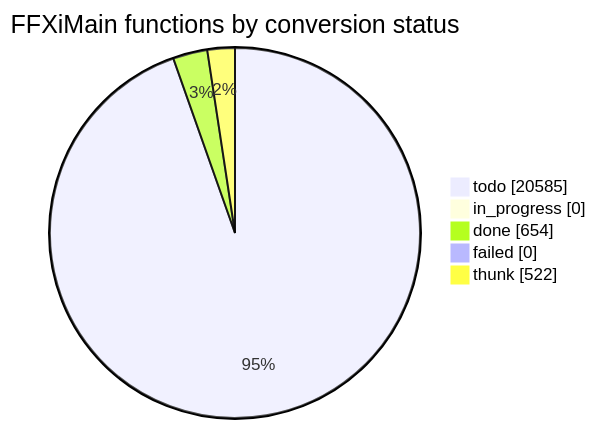
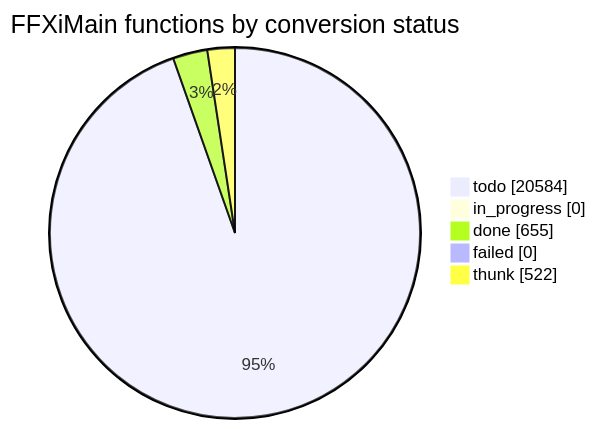
Before and after one commit to cowrevenge/cow_kuluu_xi_anything: the diagram in docs/cow/STATUS.md, drawn with Mermaid. The commit also changed other lines of this file and 9 other files, not shown here.

````diff
--- a/docs/cow/STATUS.md
+++ b/docs/cow/STATUS.md
@@ -18,9 +18,9 @@
 ```mermaid
 pie showData
     title FFXiMain functions by conversion status
-    "todo" : 20585
+    "todo" : 20584
     "in_progress" : 0
-    "done" : 654
+    "done" : 655
     "failed" : 0
     "thunk" : 522
 ```
````
